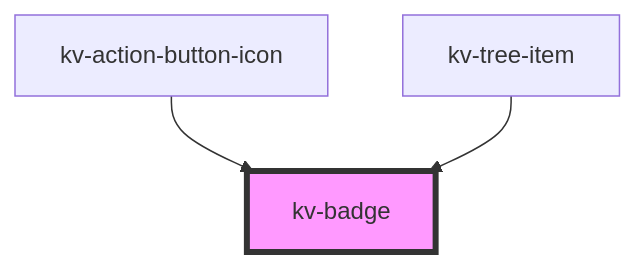
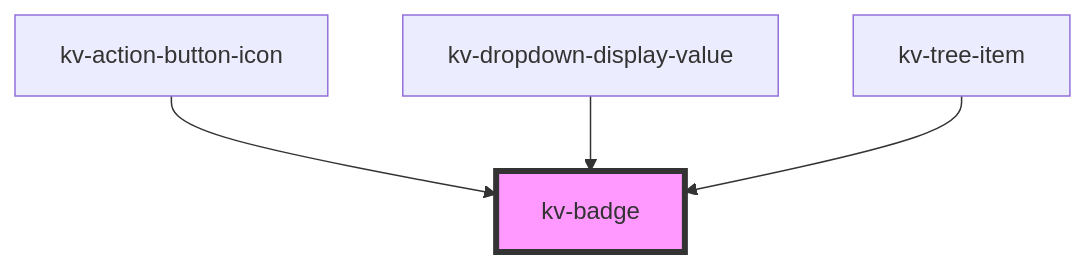
One commit to kelvininc/ui-components changed the diagram in packages/ui-components/src/components/badge/readme.md. Above: the diagram before and after it, drawn with Mermaid. The commit also changed other lines of this file and 25 other files, not shown here.

Commit message:
feat(dropdowns): add display value prefix and badge

````diff
--- a/packages/ui-components/src/components/badge/readme.md
+++ b/packages/ui-components/src/components/badge/readme.md
@@ -98,6 +99,7 @@
 ```mermaid
 graph TD;
   kv-action-button-icon --> kv-badge
+  kv-dropdown-display-value --> kv-badge
   kv-tree-item --> kv-badge
   style kv-badge fill:#f9f,stroke:#333,stroke-width:4px
 ```
````
